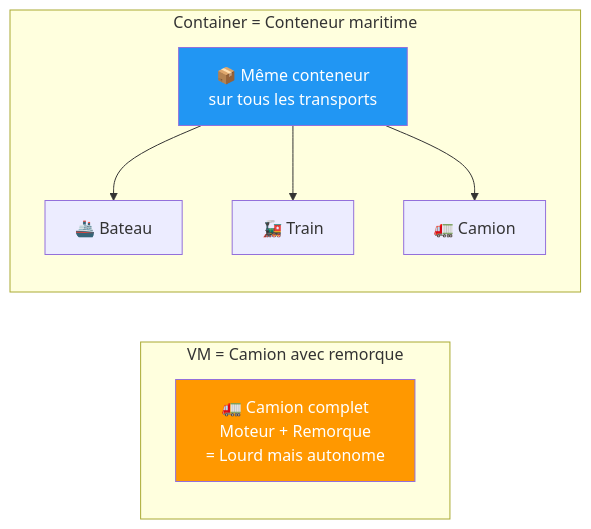
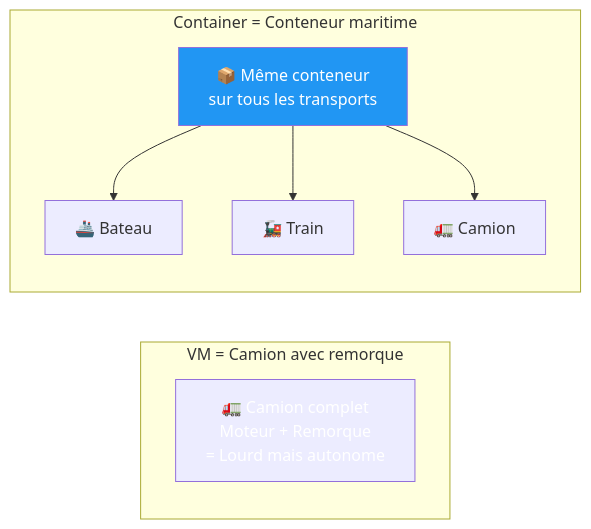
One commit to VBlackJack/ShellBook changed the fourth of 12 diagrams in docs/formations/cloud-fundamentals/08-module.md. Above: the diagram before and after it, drawn with Mermaid. The commit also changed other lines of this file and 337 other files, not shown here.

First line of the commit message:
refactor(docs): Standardize code blocks and Mermaid colors

````diff
--- a/docs/formations/cloud-fundamentals/08-module.md
+++ b/docs/formations/cloud-fundamentals/08-module.md
@@ -133,20 +133,20 @@
 ```mermaid
 graph LR
     subgraph "VM = Camion avec remorque"
         TRUCK["🚛 Camion complet<br/>Moteur + Remorque<br/>= Lourd mais autonome"]
     end
 
     subgraph "Container = Conteneur maritime"
         SHIP["🚢 Bateau"]
         TRAIN["🚂 Train"]
         TRUCK2["🚛 Camion"]
         CONT["📦 Même conteneur<br/>sur tous les transports"]
 
         CONT --> SHIP
         CONT --> TRAIN
         CONT --> TRUCK2
     end
 
-    style TRUCK fill:#ff9800,color:#fff
+    style TRUCK fill:#FF9800800800,color:#fff
     style CONT fill:#2196f3,color:#fff
 ```
````
